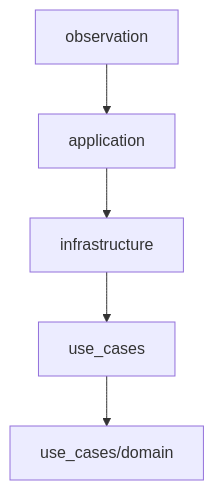
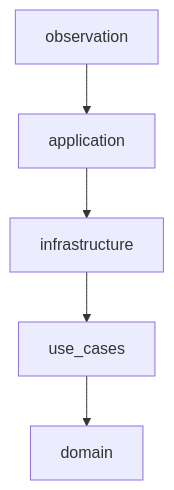
The first of 4 diagrams in docs/ONION_ARCHITECTURE.md (RomFuture/telegram-uploader), drawn with Mermaid before and after one commit. The commit also changed other lines of this file and 76 other files, not shown here.

````diff
--- a/docs/ONION_ARCHITECTURE.md
+++ b/docs/ONION_ARCHITECTURE.md
@@ -57,13 +57,14 @@
 ```mermaid
 flowchart TB
   observation[observation]
   application[application]
   infrastructure[infrastructure]
   use_cases[use_cases]
-  domainSub["use_cases/domain"]
+  domain[domain]
+  use_cases[use_cases]
 
   observation --> application
   application --> infrastructure
   infrastructure --> use_cases
-  use_cases --> domainSub["use_cases/domain"]
+  use_cases --> domain
 ```
````
